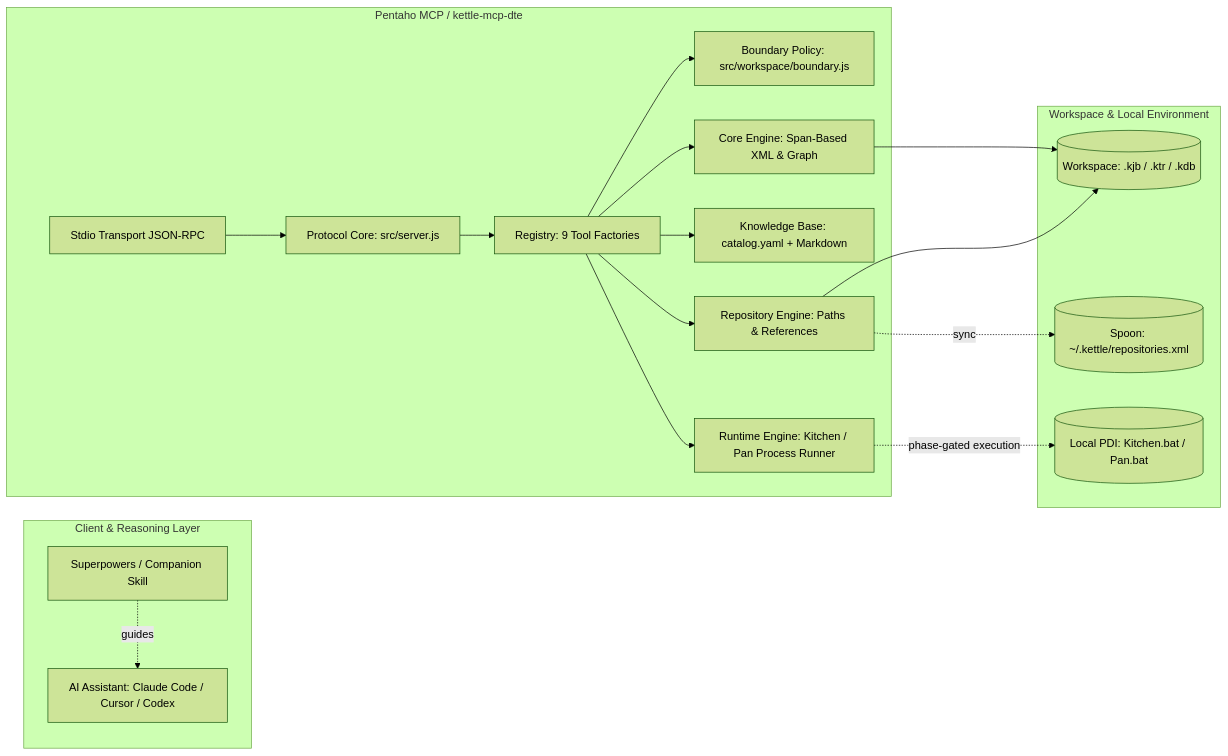
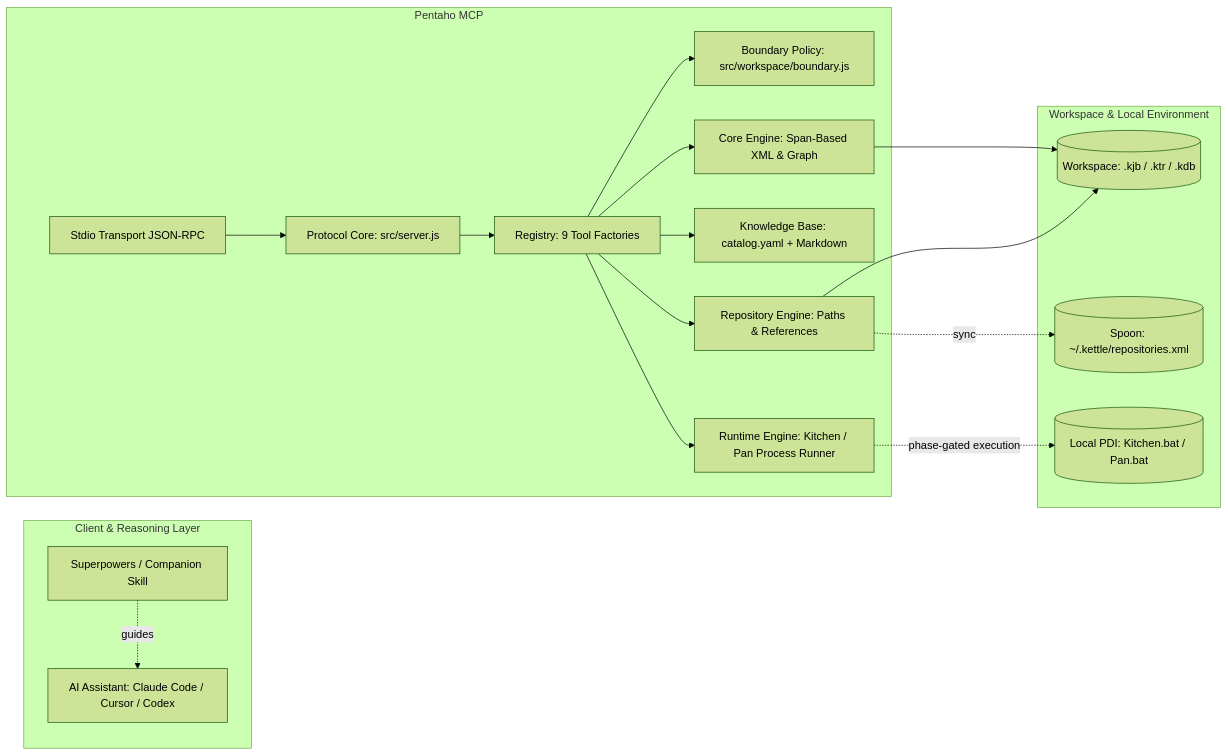
The first of 2 diagrams in README.md (TumRoyall/pentaho-mcp), drawn with Mermaid (forest theme) before and after one commit. The commit also changed other lines of this file and 45 other files, not shown here.

First line of the commit message:
Release 1.0.0: rename to pentaho-mcp, cwd-based workspace root, release packaging

````diff
--- a/README.md
+++ b/README.md
@@ -82,38 +82,38 @@
 ```mermaid
 flowchart LR
     subgraph Client_Layer[Client & Reasoning Layer]
         AI[AI Assistant: Claude Code / Cursor / Codex]
         SP[Superpowers / Companion Skill] -. guides .-> AI
     end
 
-    subgraph MCP_Layer[Pentaho MCP / kettle-mcp-dte]
+    subgraph MCP_Layer[Pentaho MCP]
         STDIO[Stdio Transport JSON-RPC]
         SRV[Protocol Core: src/server.js]
         REG[Registry: 9 Tool Factories]
         BND[Boundary Policy: src/workspace/boundary.js]
         
         STDIO --> SRV --> REG
         REG --> BND
         
         CORE[Core Engine: Span-Based XML & Graph]
         KNOW[Knowledge Base: catalog.yaml + Markdown]
         REPO[Repository Engine: Paths & References]
         RT[Runtime Engine: Kitchen / Pan Process Runner]
         
         REG --> CORE
         REG --> KNOW
         REG --> REPO
         REG --> RT
     end
 
     subgraph Storage[Workspace & Local Environment]
         WS[(Workspace: .kjb / .ktr / .kdb)]
         PDI[(Local PDI: Kitchen.bat / Pan.bat)]
         SPOON[(Spoon: ~/.kettle/repositories.xml)]
     end
 
     CORE --> WS
     REPO --> WS
     REPO -. sync .-> SPOON
     RT -. phase-gated execution .-> PDI
 ```
````
